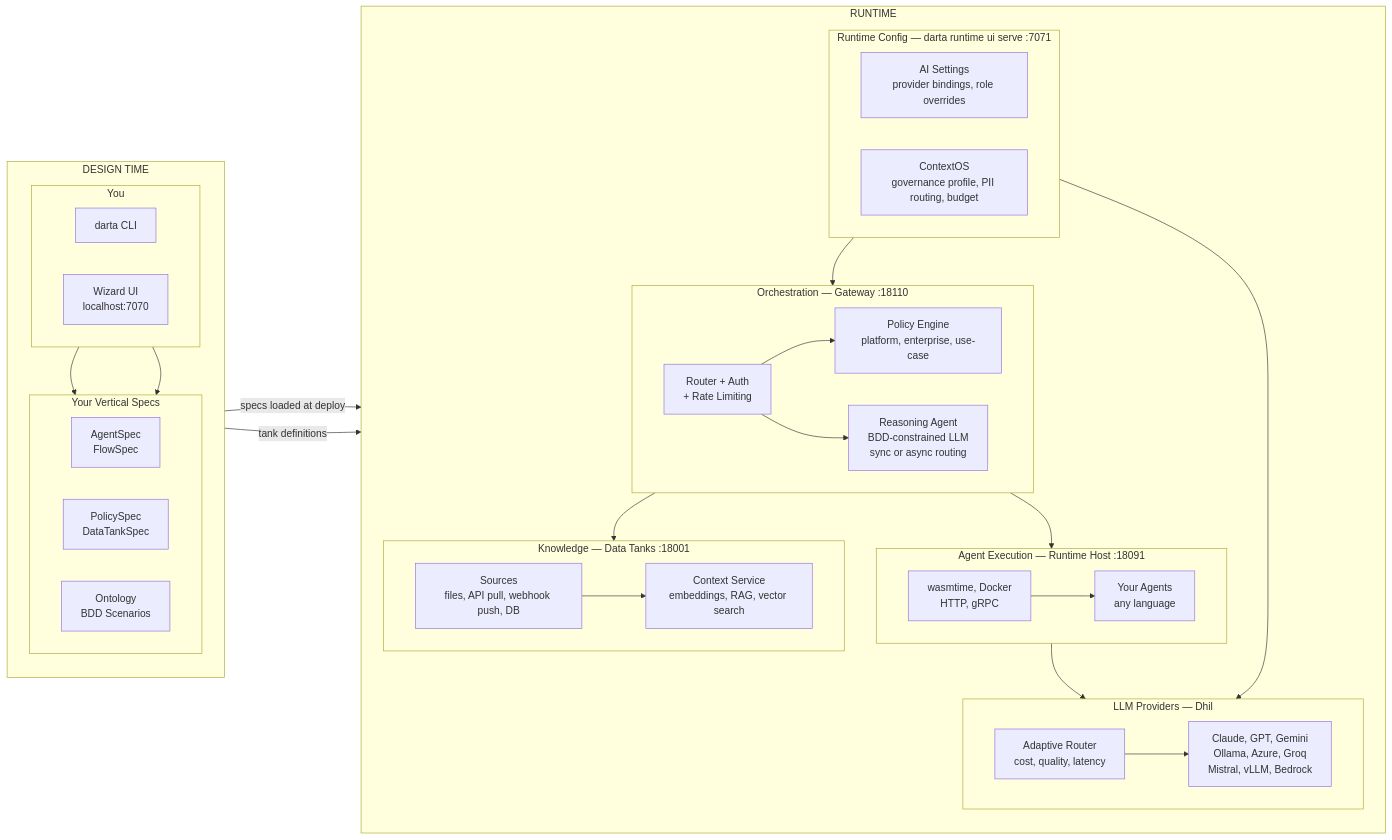
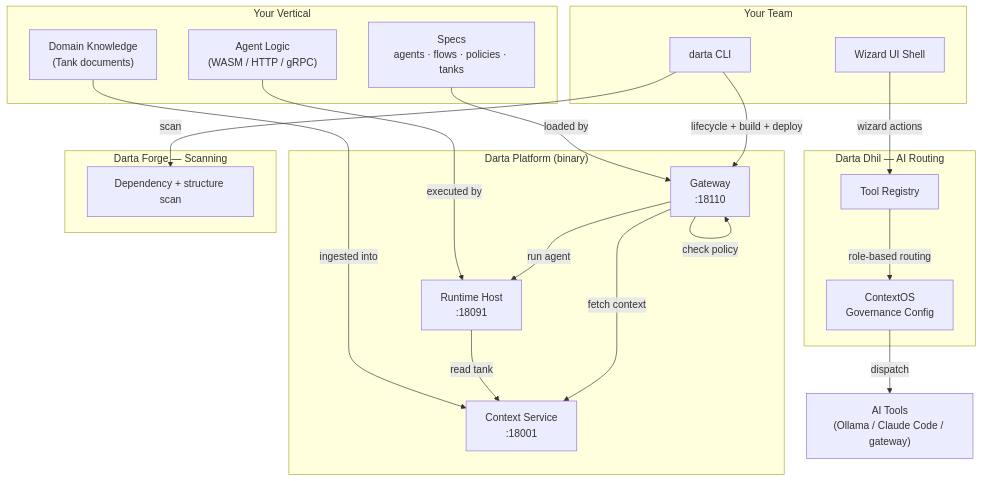
One commit to hariharasudhand/appdarta-framework changed the first of 7 diagrams in docs/architecture.md. Above: the diagram before and after it, drawn with Mermaid. The commit also changed other lines of this file, not shown here.

Commit message:
revert: restore original architecture.md diagram

````diff
--- a/docs/architecture.md
+++ b/docs/architecture.md
@@ -11,62 +11,44 @@
 ```mermaid
-flowchart LR
-    subgraph DT["DESIGN TIME"]
-        direction TB
-        subgraph you["You"]
-            direction LR
-            CLI["darta CLI"]
-            UI["Wizard UI\nlocalhost:7070"]
-        end
-        subgraph specs["Your Vertical Specs"]
-            direction LR
-            SP1["AgentSpec\nFlowSpec"]
-            SP2["PolicySpec\nDataTankSpec"]
-            SP3["Ontology\nBDD Scenarios"]
-        end
-        CLI --> specs
-        UI --> specs
+flowchart TB
+    subgraph you["Your Team"]
+        CLI["darta CLI"]
+        UI["Wizard UI Shell"]
     end
 
-    subgraph RT["RUNTIME"]
-        direction TB
-        subgraph config["Runtime Config — darta runtime ui serve :7071"]
-            direction LR
-            RTAI["AI Settings\nprovider bindings, role overrides"]
-            RTCOS["ContextOS\ngovernance profile, PII routing, budget"]
-        end
-        subgraph orch["Orchestration — Gateway :18110"]
-            direction LR
-            GW["Router + Auth\n+ Rate Limiting"]
-            POL["Policy Engine\nplatform, enterprise, use-case"]
-            RES["Reasoning Agent\nBDD-constrained LLM\nsync or async routing"]
-        end
-        subgraph know["Knowledge — Data Tanks :18001"]
-            direction LR
-            SRC["Sources\nfiles, API pull, webhook push, DB"]
-            CTX["Context Service\nembeddings, RAG, vector search"]
-        end
-        subgraph exec["Agent Execution — Runtime Host :18091"]
-            direction LR
-            RH["wasmtime, Docker\nHTTP, gRPC"]
-            AG["Your Agents\nany language"]
-        end
-        subgraph llm["LLM Providers — Dhil"]
-            direction LR
-            DR["Adaptive Router\ncost, quality, latency"]
-            PR["Claude, GPT, Gemini\nOllama, Azure, Groq\nMistral, vLLM, Bedrock"]
-        end
-        config --> orch
-        config --> llm
-        SRC --> CTX
-        GW --> POL
-        GW --> RES
-        RH --> AG
-        DR --> PR
-        orch --> know
-        orch --> exec
-        exec --> llm
+    subgraph dhil["Darta Dhil — AI Routing"]
+        TR["Tool Registry"]
+        COS["ContextOS\nGovernance Config"]
     end
 
-    specs -->|specs loaded at deploy| orch
-    specs -->|tank definitions| know
+    subgraph platform["Darta Platform (binary)"]
+        GW["Gateway\n:18110"]
+        RH["Runtime Host\n:18091"]
+        CS["Context Service\n:18001"]
+    end
+
+    subgraph vertical["Your Vertical"]
+        SPECS["Specs\nagents · flows · policies · tanks"]
+        WASM["Agent Logic\n(WASM / HTTP / gRPC)"]
+        DOCS["Domain Knowledge\n(Tank documents)"]
+    end
+
+    subgraph forge["Darta Forge — Scanning"]
+        SC["Dependency + structure scan"]
+    end
+
+    UI -->|wizard actions| TR
+    CLI -->|lifecycle + build + deploy| GW
+    TR -->|role-based routing| COS
+    COS -->|dispatch| aitools["AI Tools\n(Ollama / Claude Code / gateway)"]
+
+    GW -->|run agent| RH
+    GW -->|check policy| GW
+    GW -->|fetch context| CS
+    RH -->|read tank| CS
+
+    SPECS -->|loaded by| GW
+    WASM -->|executed by| RH
+    DOCS -->|ingested into| CS
+
+    CLI -->|scan| SC
 ```
````
